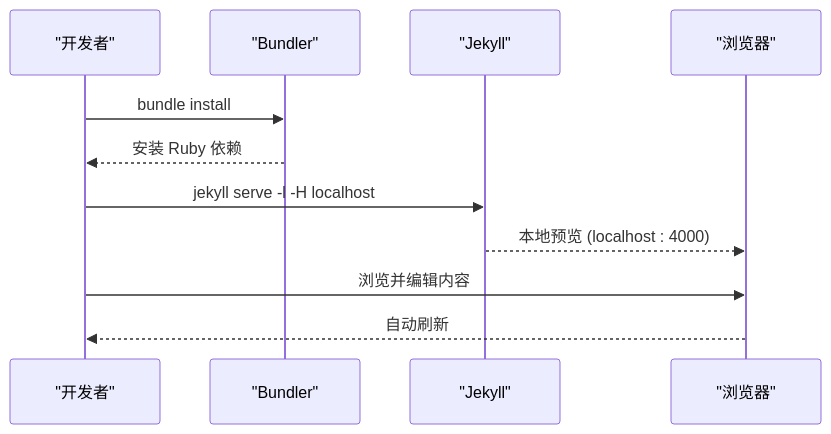
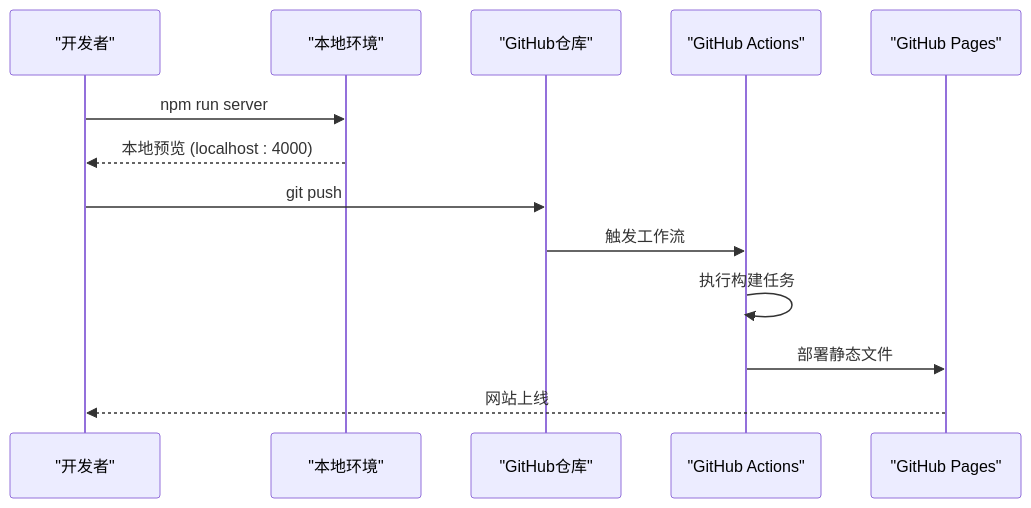
Before and after one commit to CoolPig0720/CoolPig0720.github.io: the seventh of 8 diagrams in .qoder/repowiki/zh/content/项目概述/项目概述.md, drawn with Mermaid. The commit also changed other lines of this file and 36 other files, not shown here.

````diff
--- a/.qoder/repowiki/zh/content/项目概述/项目概述.md
+++ b/.qoder/repowiki/zh/content/项目概述/项目概述.md
@@ -361,13 +365,15 @@
 ```mermaid
 sequenceDiagram
 participant Dev as "开发者"
-participant Bundler as "Bundler"
-participant Jekyll as "Jekyll"
-participant Browser as "浏览器"
-Dev->>Bundler : bundle install
-Bundler-->>Dev : 安装 Ruby 依赖
-Dev->>Jekyll : jekyll serve -l -H localhost
-Jekyll-->>Browser : 本地预览 (localhost : 4000)
-Dev->>Browser : 浏览并编辑内容
-Browser-->>Dev : 自动刷新
+participant Local as "本地环境"
+participant Repo as "GitHub仓库"
+participant Actions as "GitHub Actions"
+participant Pages as "GitHub Pages"
+Dev->>Local : npm run server
+Local-->>Dev : 本地预览 (localhost : 4000)
+Dev->>Repo : git push
+Repo->>Actions : 触发工作流
+Actions->>Actions : 执行构建任务
+Actions->>Pages : 部署静态文件
+Pages-->>Dev : 网站上线
 ```
````
